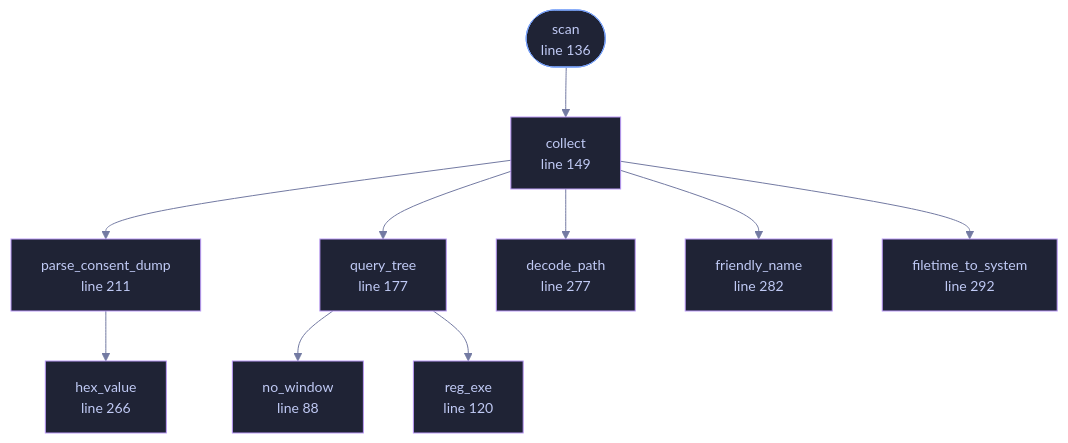
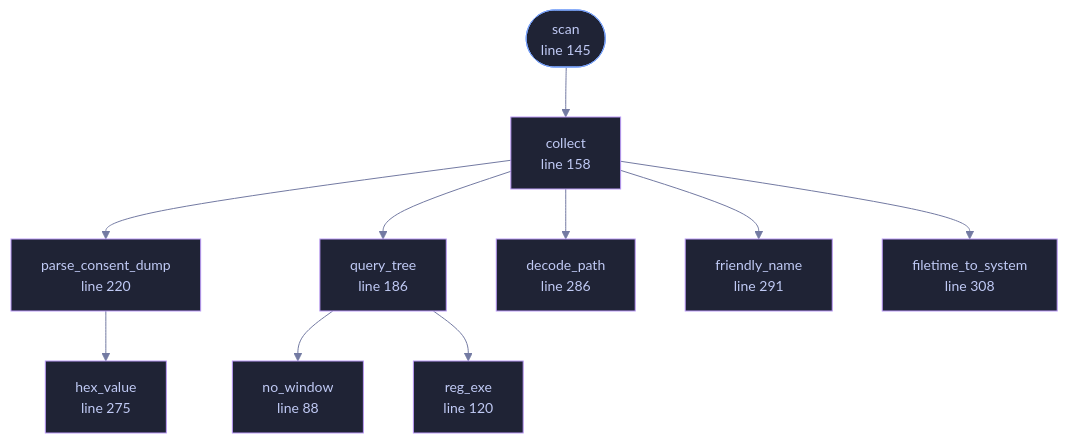
One commit to tilas01/veilvoice changed the diagram in docs/files/veilvoice-watch/windows.md. Above: the diagram before and after it, drawn with Mermaid. The commit also changed other lines of this file and 130 other files, not shown here.

````diff
--- a/docs/files/veilvoice-watch/windows.md
+++ b/docs/files/veilvoice-watch/windows.md
@@ -117,37 +117,37 @@
 ```mermaid
 %%{init: {"theme":"base","themeVariables":{"background":"#1a1b26","primaryColor":"#1f2335","primaryTextColor":"#c0caf5","primaryBorderColor":"#7aa2f7","secondaryColor":"#16161e","tertiaryColor":"#16161e","lineColor":"#737aa2","textColor":"#c0caf5","mainBkg":"#1f2335","nodeBorder":"#7aa2f7","clusterBkg":"#16161e","clusterBorder":"#2f3549","fontFamily":"ui-monospace, SFMono-Regular, Consolas, monospace","fontSize":"14px"}}}%%
 flowchart TD
     n_no_window["no_window<br/>line 88"]
     n_reg_exe["reg_exe<br/>line 120"]
-    n_scan(["scan<br/>line 136"])
-    n_collect["collect<br/>line 149"]
-    n_query_tree["query_tree<br/>line 177"]
-    n_parse_consent_dump["parse_consent_dump<br/>line 211"]
-    n_hex_value["hex_value<br/>line 266"]
-    n_decode_path["decode_path<br/>line 277"]
-    n_friendly_name["friendly_name<br/>line 282"]
-    n_filetime_to_system["filetime_to_system<br/>line 292"]
+    n_scan(["scan<br/>line 145"])
+    n_collect["collect<br/>line 158"]
+    n_query_tree["query_tree<br/>line 186"]
+    n_parse_consent_dump["parse_consent_dump<br/>line 220"]
+    n_hex_value["hex_value<br/>line 275"]
+    n_decode_path["decode_path<br/>line 286"]
+    n_friendly_name["friendly_name<br/>line 291"]
+    n_filetime_to_system["filetime_to_system<br/>line 308"]
     n_collect --> n_decode_path
     n_collect --> n_filetime_to_system
     n_collect --> n_friendly_name
     n_collect --> n_parse_consent_dump
     n_collect --> n_query_tree
     n_parse_consent_dump --> n_hex_value
     n_query_tree --> n_no_window
     n_query_tree --> n_reg_exe
     n_scan --> n_collect
     click n_no_window href "https://github.com/tilas01/veilvoice/blob/main/crates/veilvoice-watch/src/windows.rs#L88" "open the source"
     click n_reg_exe href "https://github.com/tilas01/veilvoice/blob/main/crates/veilvoice-watch/src/windows.rs#L120" "open the source"
-    click n_scan href "https://github.com/tilas01/veilvoice/blob/main/crates/veilvoice-watch/src/windows.rs#L136" "open the source"
-    click n_collect href "https://github.com/tilas01/veilvoice/blob/main/crates/veilvoice-watch/src/windows.rs#L149" "open the source"
-    click n_query_tree href "https://github.com/tilas01/veilvoice/blob/main/crates/veilvoice-watch/src/windows.rs#L177" "open the source"
-    click n_parse_consent_dump href "https://github.com/tilas01/veilvoice/blob/main/crates/veilvoice-watch/src/windows.rs#L211" "open the source"
-    click n_hex_value href "https://github.com/tilas01/veilvoice/blob/main/crates/veilvoice-watch/src/windows.rs#L266" "open the source"
-    click n_decode_path href "https://github.com/tilas01/veilvoice/blob/main/crates/veilvoice-watch/src/windows.rs#L277" "open the source"
-    click n_friendly_name href "https://github.com/tilas01/veilvoice/blob/main/crates/veilvoice-watch/src/windows.rs#L282" "open the source"
-    click n_filetime_to_system href "https://github.com/tilas01/veilvoice/blob/main/crates/veilvoice-watch/src/windows.rs#L292" "open the source"
+    click n_scan href "https://github.com/tilas01/veilvoice/blob/main/crates/veilvoice-watch/src/windows.rs#L145" "open the source"
+    click n_collect href "https://github.com/tilas01/veilvoice/blob/main/crates/veilvoice-watch/src/windows.rs#L158" "open the source"
+    click n_query_tree href "https://github.com/tilas01/veilvoice/blob/main/crates/veilvoice-watch/src/windows.rs#L186" "open the source"
+    click n_parse_consent_dump href "https://github.com/tilas01/veilvoice/blob/main/crates/veilvoice-watch/src/windows.rs#L220" "open the source"
+    click n_hex_value href "https://github.com/tilas01/veilvoice/blob/main/crates/veilvoice-watch/src/windows.rs#L275" "open the source"
+    click n_decode_path href "https://github.com/tilas01/veilvoice/blob/main/crates/veilvoice-watch/src/windows.rs#L286" "open the source"
+    click n_friendly_name href "https://github.com/tilas01/veilvoice/blob/main/crates/veilvoice-watch/src/windows.rs#L291" "open the source"
+    click n_filetime_to_system href "https://github.com/tilas01/veilvoice/blob/main/crates/veilvoice-watch/src/windows.rs#L308" "open the source"
     classDef entry fill:#1f2335,stroke:#7aa2f7,color:#c0caf5
     class n_scan entry
     classDef helper fill:#1f2335,stroke:#bb9af7,color:#c0caf5
     class n_no_window,n_reg_exe,n_collect,n_query_tree,n_parse_consent_dump,n_hex_value,n_decode_path,n_friendly_name,n_filetime_to_system helper
 ```
````
